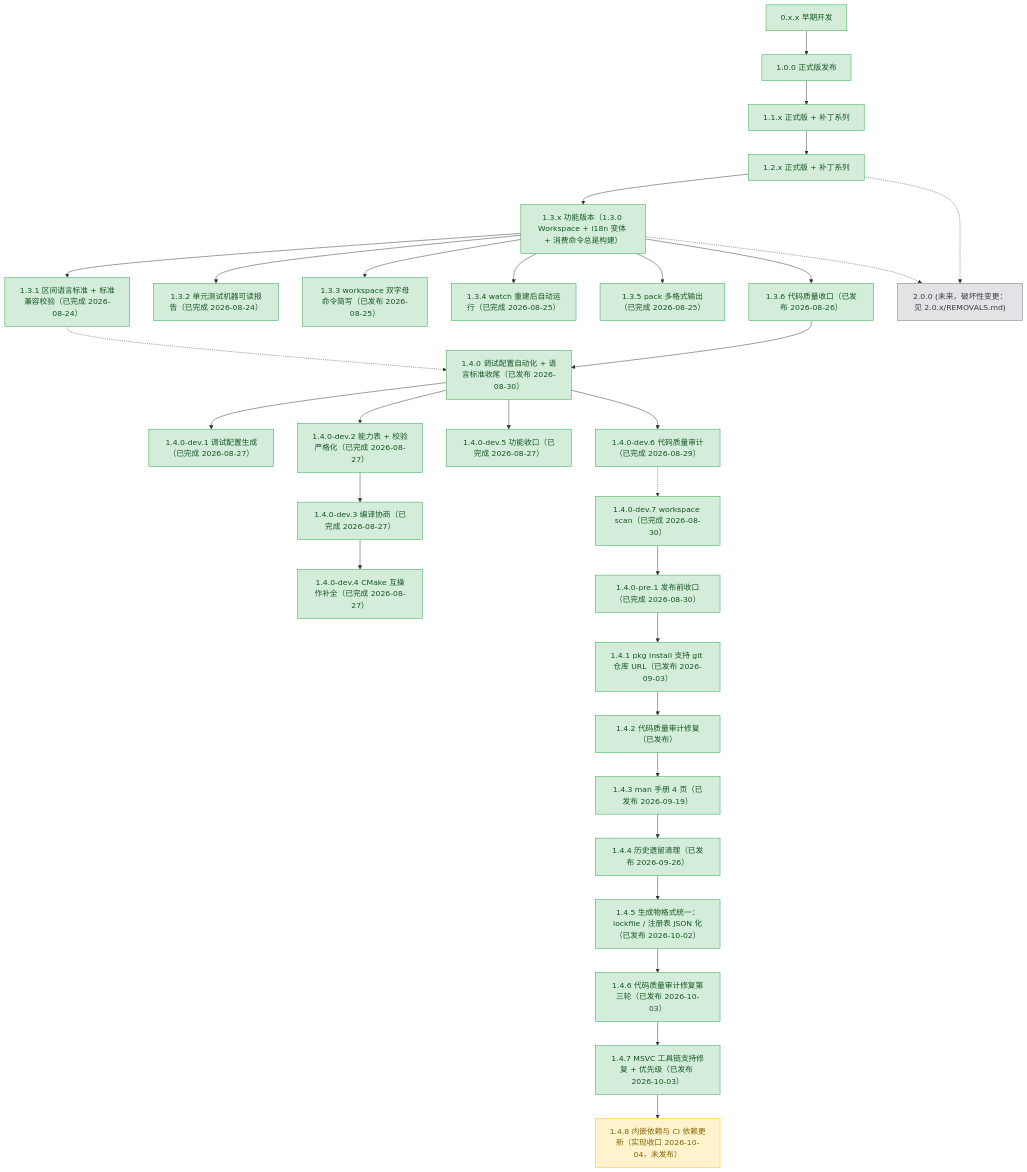
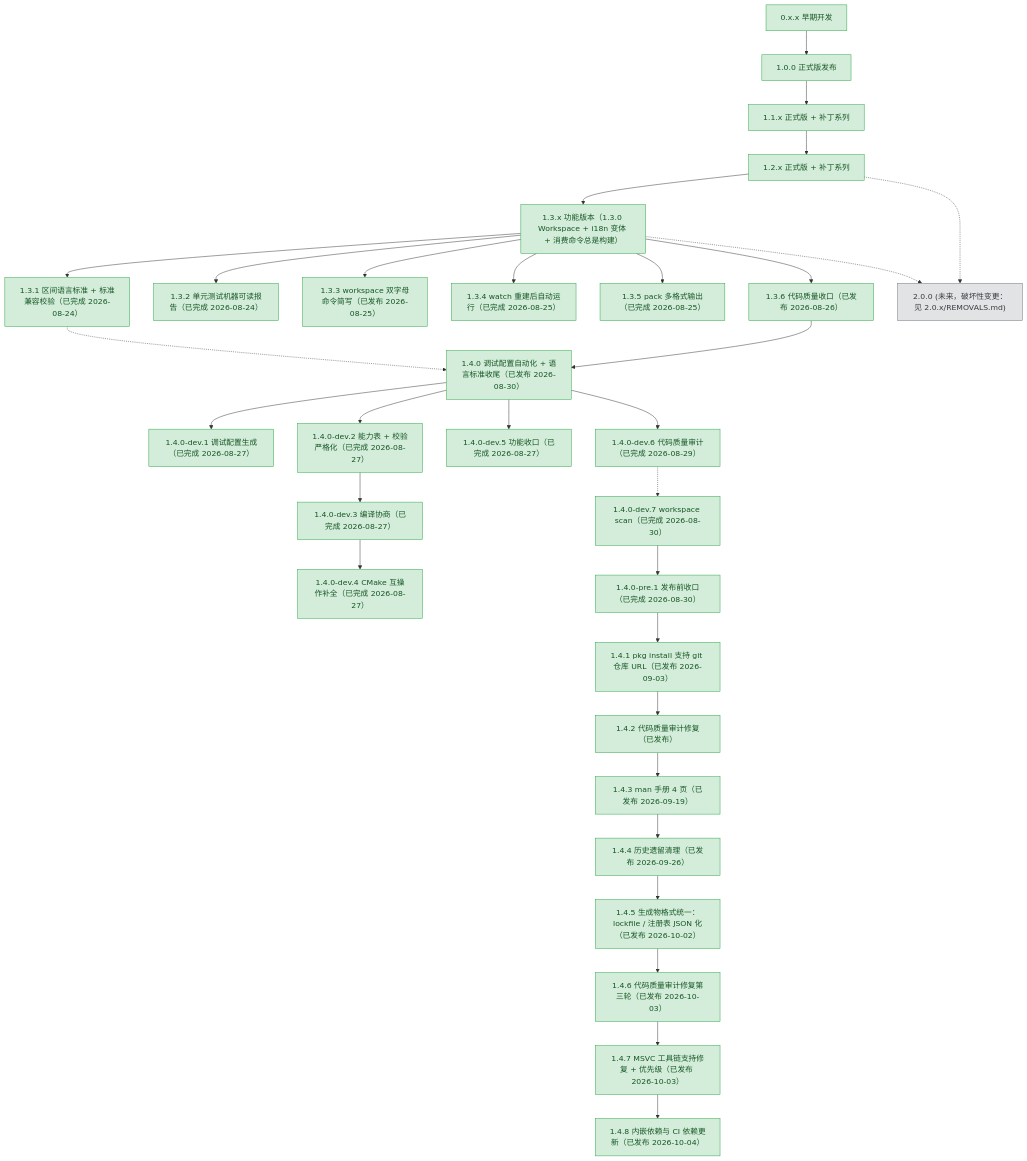
The diagram in plans/README.md (3667808244/EazyMake), drawn with Mermaid before and after one commit. The commit also changed other lines of this file and 9 other files, not shown here.

````diff
--- a/plans/README.md
+++ b/plans/README.md
@@ -102,7 +103,7 @@
     v145p["1.4.5 生成物格式统一：lockfile / 注册表 JSON 化（已发布 2026-10-02）"]
     v146p["1.4.6 代码质量审计修复第三轮（已发布 2026-10-03）"]
     v147p["1.4.7 MSVC 工具链支持修复 + 优先级（已发布 2026-10-03）"]
-    v148p["1.4.8 内嵌依赖与 CI 依赖更新（实现收口 2026-10-04，未发布）"]
+    v148p["1.4.8 内嵌依赖与 CI 依赖更新（已发布 2026-10-04）"]
     v200["2.0.0 (未来，破坏性变更：见 2.0.x/REMOVALS.md)"]
 
     v0xx --> v100
@@ -166,6 +167,6 @@
     class v145p done;
     class v146p done;
     class v147p done;
-    class v148p active;
+    class v148p done;
     class v200 todo;
 ```
````
